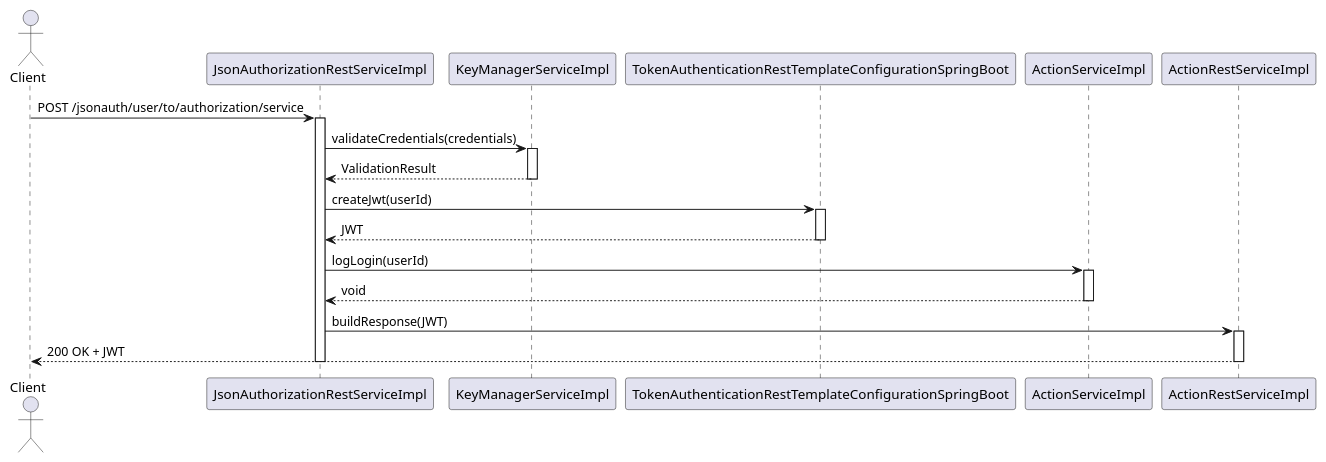
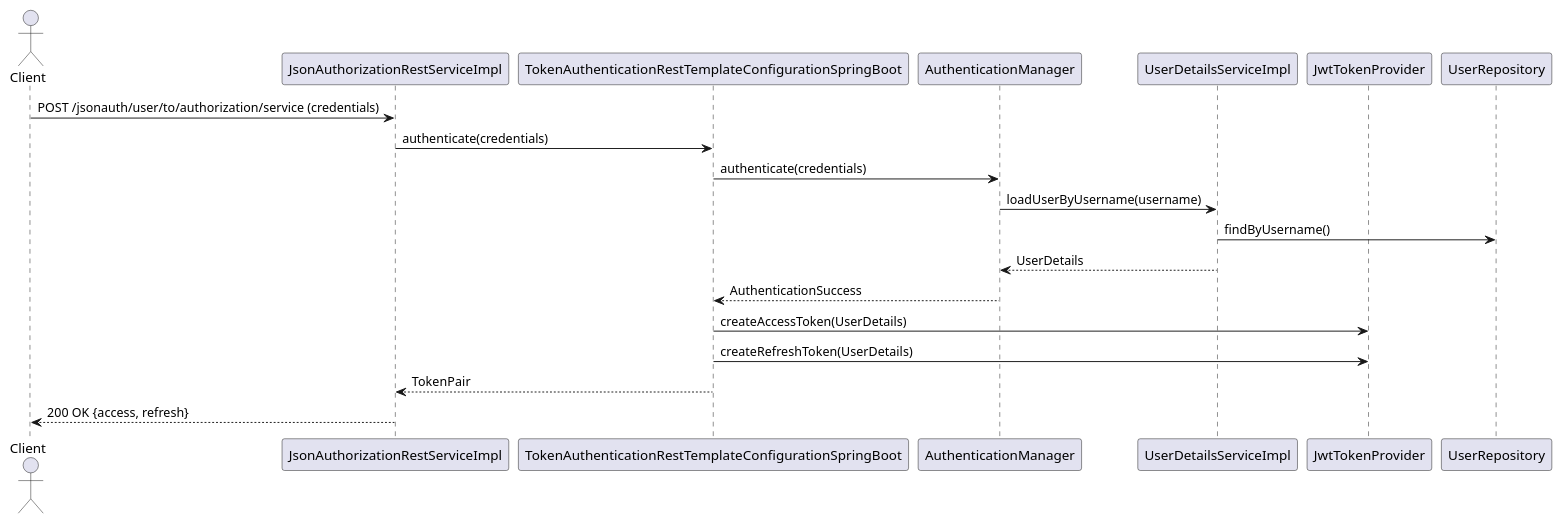
The first of 7 diagrams in knowledge/architecture/arc42/06-part1-api-flows.md (aymenmastouri/aicodegencrew), drawn with PlantUML before and after one commit. The commit also changed other lines of this file and 28 other files, not shown here.

Commit message:
[aicodegencrew] phase3_architecture_synthesis completed - 2026-02-09 18:15:23

````diff
--- a/knowledge/architecture/arc42/06-part1-api-flows.md
+++ b/knowledge/architecture/arc42/06-part1-api-flows.md
@@ -25,30 +27,22 @@
 ```plantuml
 @startuml
 actor Client
 participant JsonAuthorizationRestServiceImpl as AuthCtrl
-participant KeyManagerServiceImpl as KMService
-participant TokenAuthenticationRestTemplateConfigurationSpringBoot as TokenCfg
-participant ActionServiceImpl as AuditService
-participant ActionRestServiceImpl as AuditCtrl
+participant TokenAuthenticationRestTemplateConfigurationSpringBoot as SecCfg
+participant AuthenticationManager as AuthMgr
+participant UserDetailsServiceImpl as UserSrv
+participant JwtTokenProvider as JwtProv
 
-Client -> AuthCtrl: POST /jsonauth/user/to/authorization/service
-activate AuthCtrl
-AuthCtrl -> KMService: validateCredentials(credentials)
-activate KMService
-KMService --> AuthCtrl: ValidationResult
-deactivate KMService
-AuthCtrl -> TokenCfg: createJwt(userId)
-activate TokenCfg
-TokenCfg --> AuthCtrl: JWT
-deactivate TokenCfg
-AuthCtrl -> AuditService: logLogin(userId)
-activate AuditService
-AuditService --> AuthCtrl: void
-deactivate AuditService
-AuthCtrl -> AuditCtrl: buildResponse(JWT)
-activate AuditCtrl
-AuditCtrl --> Client: 200 OK + JWT
-deactivate AuditCtrl
-deactivate AuthCtrl
+Client -> AuthCtrl: POST /jsonauth/user/to/authorization/service (credentials)
+AuthCtrl -> SecCfg: authenticate(credentials)
+SecCfg -> AuthMgr: authenticate(credentials)
+AuthMgr -> UserSrv: loadUserByUsername(username)
+UserSrv -> UserRepository: findByUsername()
+UserSrv --> AuthMgr: UserDetails
+AuthMgr --> SecCfg: AuthenticationSuccess
+SecCfg -> JwtProv: createAccessToken(UserDetails)
+SecCfg -> JwtProv: createRefreshToken(UserDetails)
+SecCfg --> AuthCtrl: TokenPair
+AuthCtrl --> Client: 200 OK {access, refresh}
 @enduml
 ```
````
